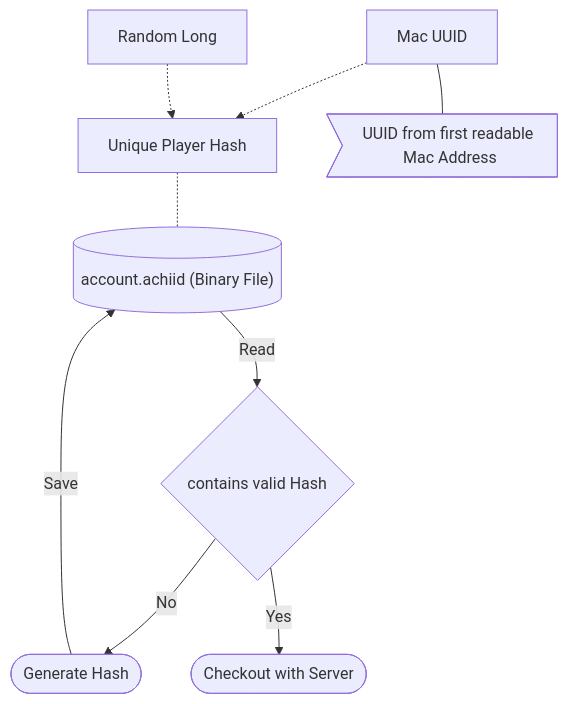
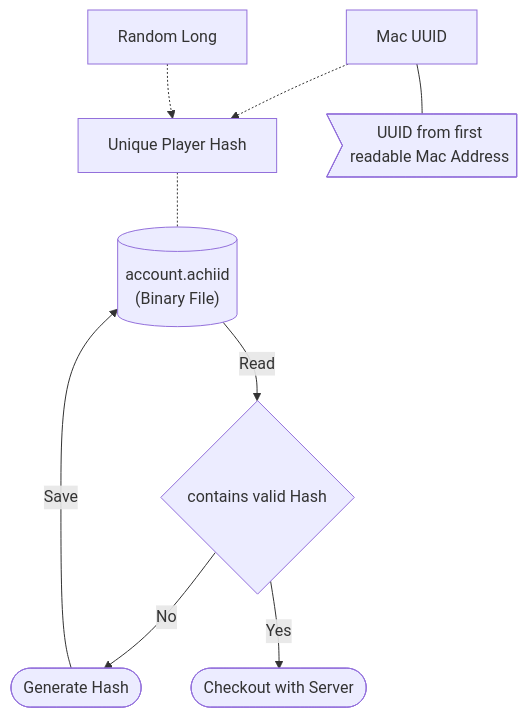
Before and after one commit to R1yuu/the-achis: the second of 3 diagrams in Ideas-Concepts.md, drawn with Mermaid. The commit also changed other lines of this file and 30 other files, not shown here.

Commit message:
0.30.0 Adds OS specific dependencies and new Handshake sequence

````diff
--- a/Ideas-Concepts.md
+++ b/Ideas-Concepts.md
@@ -8,20 +42,20 @@
 ```mermaid
 graph TD
 	playerHash[Unique Player Hash]
 	macUUID[Mac UUID]
-	macUUIDNote>UUID from first readable Mac Address]
+	macUUIDNote>UUID from first <br/> readable Mac Address]
 	rdmLong[Random Long]
-	playerHashFile[("account.achiid (Binary File)")]
+	playerHashFile[("account.achiid<br/>(Binary File)")]
 	genHash([Generate Hash])
 	
 	macUUID -.-> playerHash
     macUUID --- macUUIDNote 
 	rdmLong -.-> playerHash
 	playerHash -.- playerHashFile
 	playerHashFile -->|Read| ifExists{contains valid Hash}
 	ifExists -->|No| genHash
 	genHash -->|Save| playerHashFile
 	ifExists -->|Yes| server([Checkout with Server])
 	
 
 ```
````
